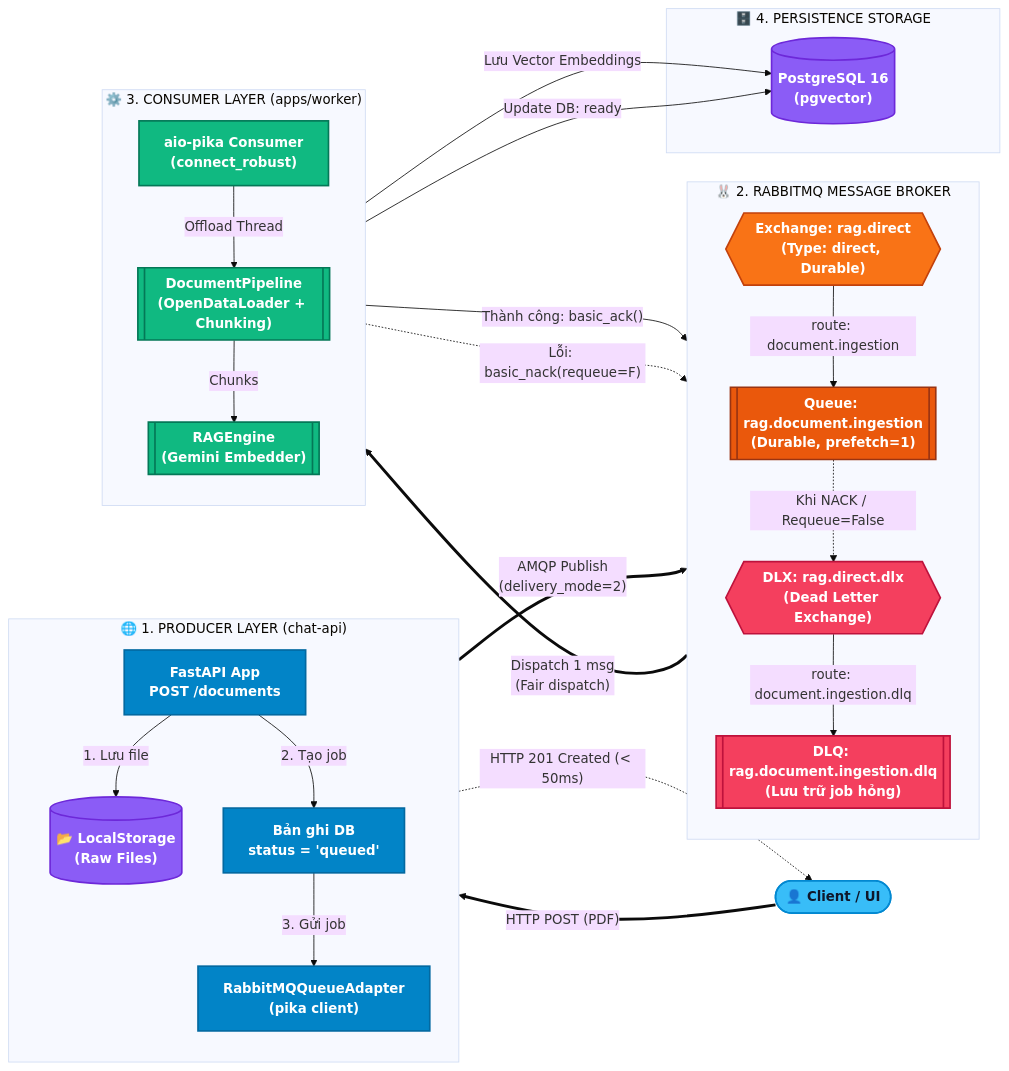
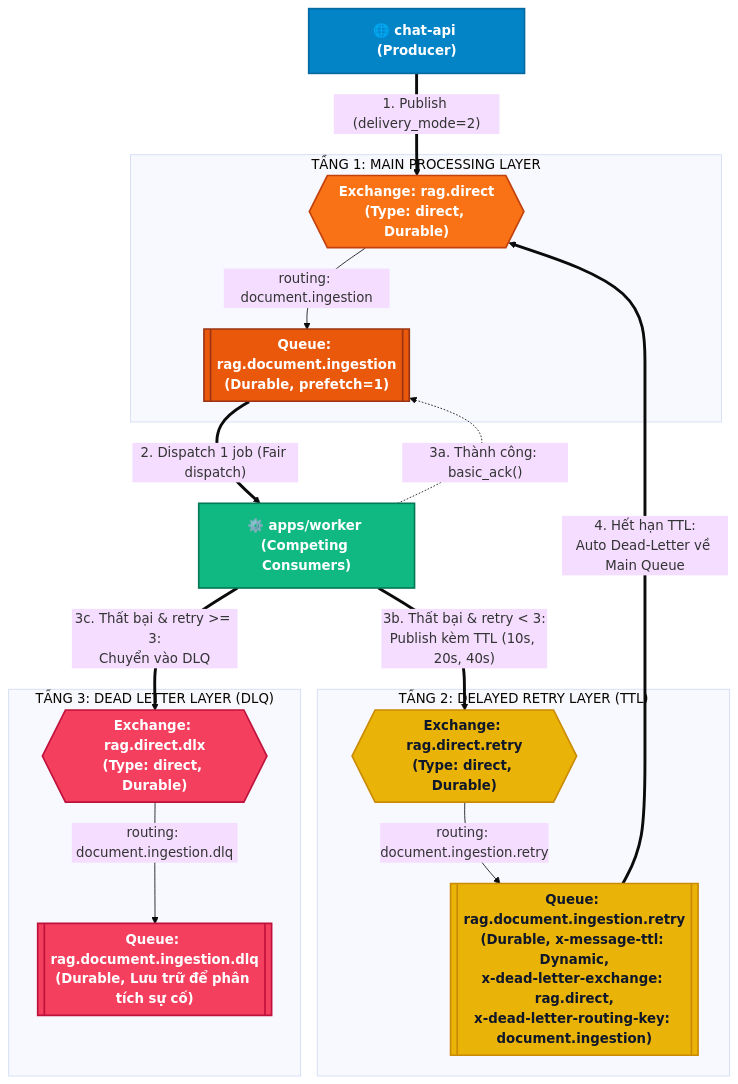
The second of 3 diagrams in docs/rabbitmq_architecture.md (NDQuynh259/ragflow-api), drawn with Mermaid before and after one commit. The commit also changed other lines of this file and 19 other files, not shown here.

Commit message:
feat: implement core module with SSE streaming, event publishing, and message queue capabilities

````diff
--- a/docs/rabbitmq_architecture.md
+++ b/docs/rabbitmq_architecture.md
@@ -87,60 +137,43 @@
 ```mermaid
 %%{init: {'theme': 'base', 'themeVariables': { 'fontFamily': 'Inter, system-ui, sans-serif' }}}%%
-flowchart LR
-    classDef client fill:#38bdf8,stroke:#0288d1,stroke-width:2px,color:#0f172a,font-weight:bold;
-    classDef api fill:#0284c7,stroke:#0369a1,stroke-width:2px,color:#ffffff,font-weight:bold;
-    classDef broker fill:#f97316,stroke:#c2410c,stroke-width:2px,color:#ffffff,font-weight:bold;
+flowchart TD
+    classDef producer fill:#0284c7,stroke:#0369a1,stroke-width:2px,color:#ffffff,font-weight:bold;
+    classDef exchange fill:#f97316,stroke:#c2410c,stroke-width:2px,color:#ffffff,font-weight:bold;
     classDef queue fill:#ea580c,stroke:#9a3412,stroke-width:2px,color:#ffffff,font-weight:bold;
+    classDef retry fill:#eab308,stroke:#ca8a04,stroke-width:2px,color:#0f172a,font-weight:bold;
+    classDef dlq fill:#f43f5e,stroke:#be123c,stroke-width:2px,color:#ffffff,font-weight:bold;
     classDef worker fill:#10b981,stroke:#047857,stroke-width:2px,color:#ffffff,font-weight:bold;
-    classDef db fill:#8b5cf6,stroke:#6d28d9,stroke-width:2px,color:#ffffff,font-weight:bold;
-    classDef dlq fill:#f43f5e,stroke:#be123c,stroke-width:2px,color:#ffffff,font-weight:bold;
 
-    Client(["👤 Client / UI"]):::client
-    
-    subgraph PRODUCER ["🌐 1. PRODUCER LAYER (chat-api)"]
-        direction TB
-        API["FastAPI App\nPOST /documents"]:::api
-        Storage[("📂 LocalStorage\n(Raw Files)")]:::db
-        JobInit["Bản ghi DB\nstatus = 'queued'"]:::api
-        Pika["RabbitMQQueueAdapter\n(pika client)"]:::api
+    API["🌐 chat-api (Producer)"]:::producer
 
-        API -->|"1. Lưu file"| Storage
-        API -->|"2. Tạo job"| JobInit
-        JobInit -->|"3. Gửi job"| Pika
+    subgraph MAIN_LAYER ["TẦNG 1: MAIN PROCESSING LAYER"]
+        DirectEx{{"Exchange: rag.direct\n(Type: direct, Durable)"}}:::exchange
+        MainQ[["Queue: rag.document.ingestion\n(Durable, prefetch=1)"]]:::queue
     end
 
-    subgraph BROKER ["🐰 2. RABBITMQ MESSAGE BROKER"]
-        direction TB
-        Exchange{{"Exchange: rag.direct\n(Type: direct, Durable)"}}:::broker
-        Queue[["Queue: rag.document.ingestion\n(Durable, prefetch=1)"]]:::queue
-        DLX{{"DLX: rag.direct.dlx\n(Dead Letter Exchange)"}}:::dlq
-        DLQ[["DLQ: rag.document.ingestion.dlq\n(Lưu trữ job hỏng)"]]:::dlq
-
-        Exchange -->|"route: document.ingestion"| Queue
-        Queue -.->|"Khi NACK / Requeue=False"| DLX
-        DLX -->|"route: document.ingestion.dlq"| DLQ
+    subgraph RETRY_LAYER ["TẦNG 2: DELAYED RETRY LAYER (TTL)"]
+        RetryEx{{"Exchange: rag.direct.retry\n(Type: direct, Durable)"}}:::retry
+        RetryQ[["Queue: rag.document.ingestion.retry\n(Durable, x-message-ttl: Dynamic,\nx-dead-letter-exchange: rag.direct,\nx-dead-letter-routing-key: document.ingestion)"]]:::retry
     end
 
-    subgraph CONSUMER ["⚙️ 3. CONSUMER LAYER (apps/worker)"]
-        direction TB
-        AioPika["aio-pika Consumer\n(connect_robust)"]:::worker
-        Pipeline[["DocumentPipeline\n(OpenDataLoader + Chunking)"]]:::worker
-        RAGEngine[["RAGEngine\n(Gemini Embedder)"]]:::worker
-        
-        AioPika -->|"Offload Thread"| Pipeline
-        Pipeline -->|"Chunks"| RAGEngine
+    subgraph DLQ_LAYER ["TẦNG 3: DEAD LETTER LAYER (DLQ)"]
+        DLX{{"Exchange: rag.direct.dlx\n(Type: direct, Durable)"}}:::dlq
+        DLQueue[["Queue: rag.document.ingestion.dlq\n(Durable, Lưu trữ để phân tích sự cố)"]]:::dlq
     end
 
-    subgraph STORAGE ["🗄️ 4. PERSISTENCE STORAGE"]
-        PgVector[("PostgreSQL 16\n(pgvector)")]:::db
-    end
+    Worker["⚙️ apps/worker (Competing Consumers)"]:::worker
 
-    Client ==>|"HTTP POST (PDF)"| API
-    API -.->|"HTTP 201 Created (< 50ms)"| Client
-    Pika ==>|"AMQP Publish\n(delivery_mode=2)"| Exchange
-    Queue ==>|"Dispatch 1 msg\n(Fair dispatch)"| AioPika
-    RAGEngine -->|"Lưu Vector Embeddings"| PgVector
-    RAGEngine -->|"Update DB: ready"| PgVector
-    RAGEngine -->|"Thành công: basic_ack()"| Queue
-    Pipeline -.->|"Lỗi: basic_nack(requeue=F)"| DLX
+    %% Routing
+    API ==>|"1. Publish (delivery_mode=2)"| DirectEx
+    DirectEx -->|"routing: document.ingestion"| MainQ
+    MainQ ==>|"2. Dispatch 1 job (Fair dispatch)"| Worker
+
+    %% Outcomes
+    Worker -.->|"3a. Thành công: basic_ack()"| MainQ
+    Worker ==>|"3b. Thất bại & retry < 3:\nPublish kèm TTL (10s, 20s, 40s)"| RetryEx
+    RetryEx -->|"routing: document.ingestion.retry"| RetryQ
+    RetryQ ==>|"4. Hết hạn TTL:\nAuto Dead-Letter về Main Queue"| DirectEx
+
+    Worker ==>|"3c. Thất bại & retry >= 3:\nChuyển vào DLQ"| DLX
+    DLX -->|"routing: document.ingestion.dlq"| DLQueue
 ```
````
